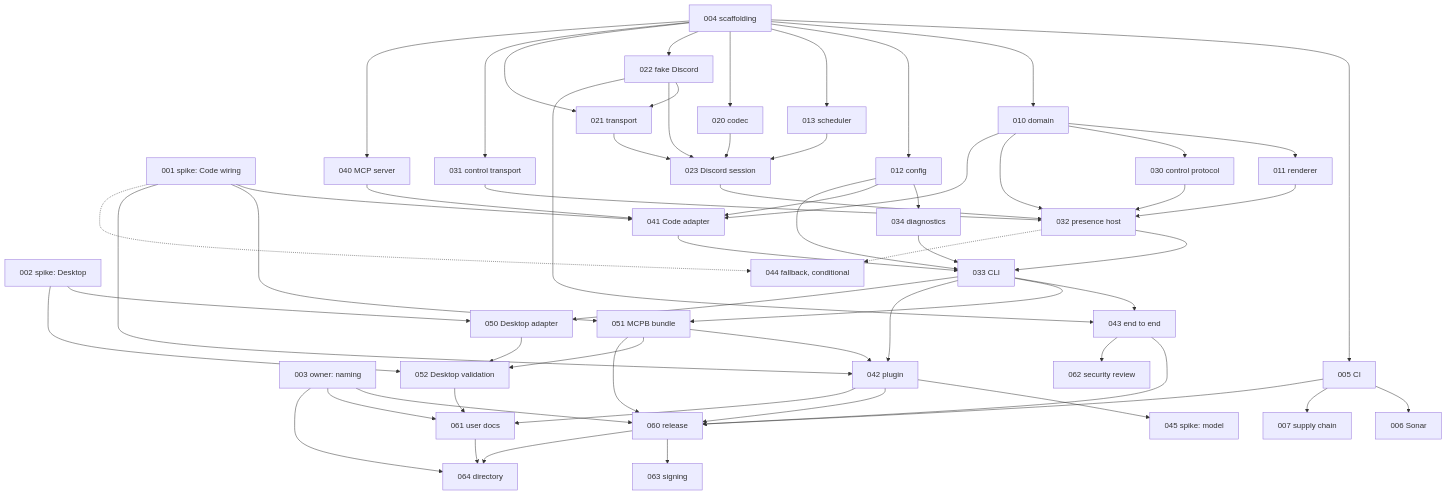
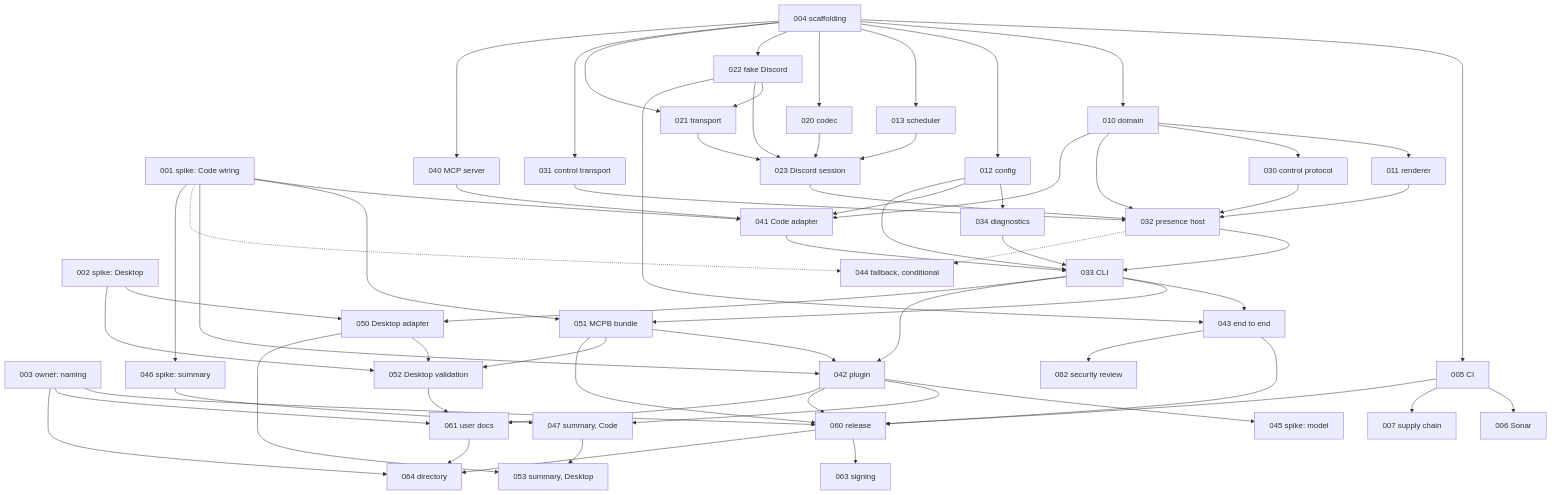
Before and after one commit to Zafnok/claude-rich-presence: the diagram in docs/tickets/README.md, drawn with Mermaid. The commit also changed other lines of this file and 16 other files, not shown here.

````diff
--- a/docs/tickets/README.md
+++ b/docs/tickets/README.md
@@ -81,63 +84,67 @@
 ```mermaid
 flowchart TD
     C001["001 spike: Code wiring"]
     C002["002 spike: Desktop"]
     C003["003 owner: naming"]
     C004["004 scaffolding"]
     C004 --> C005["005 CI"] --> C006["006 Sonar"]
     C005 --> C007["007 supply chain"]
     C004 --> C010["010 domain"] --> C011["011 renderer"]
     C004 --> C012["012 config"] --> C034["034 diagnostics"]
     C004 --> C013["013 scheduler"]
     C004 --> C020["020 codec"]
     C004 --> C022["022 fake Discord"] --> C021["021 transport"]
     C004 --> C021
     C004 --> C031["031 control transport"]
     C004 --> C040["040 MCP server"]
     C010 --> C030["030 control protocol"]
     C013 --> C023["023 Discord session"]
     C020 --> C023
     C021 --> C023
     C022 --> C023
     C010 --> C032["032 presence host"]
     C011 --> C032
     C023 --> C032
     C030 --> C032
     C031 --> C032
     C001 --> C041["041 Code adapter"]
     C010 --> C041
     C012 --> C041
     C040 --> C041
     C012 --> C033["033 CLI"]
     C032 --> C033
     C034 --> C033
     C041 --> C033
     C022 --> C043["043 end to end"]
     C033 --> C043
     C001 --> C051["051 MCPB bundle"]
     C033 --> C051
     C001 --> C042["042 plugin"]
     C033 --> C042
     C051 --> C042
     C002 --> C050["050 Desktop adapter"]
     C033 --> C050
     C002 --> C052["052 Desktop validation"]
     C050 --> C052
     C051 --> C052
     C001 -.-> C044["044 fallback, conditional"]
     C032 -.-> C044
     C042 --> C045["045 spike: model"]
+    C001 --> C046["046 spike: summary"] --> C047["047 summary, Code"]
+    C042 --> C047
+    C047 --> C053["053 summary, Desktop"]
+    C050 --> C053
     C003 --> C060["060 release"]
     C005 --> C060
     C042 --> C060
     C043 --> C060
     C051 --> C060
     C003 --> C061["061 user docs"]
     C042 --> C061
     C052 --> C061
     C043 --> C062["062 security review"]
     C060 --> C063["063 signing"]
     C003 --> C064["064 directory"]
     C060 --> C064
     C061 --> C064
 ```
````
